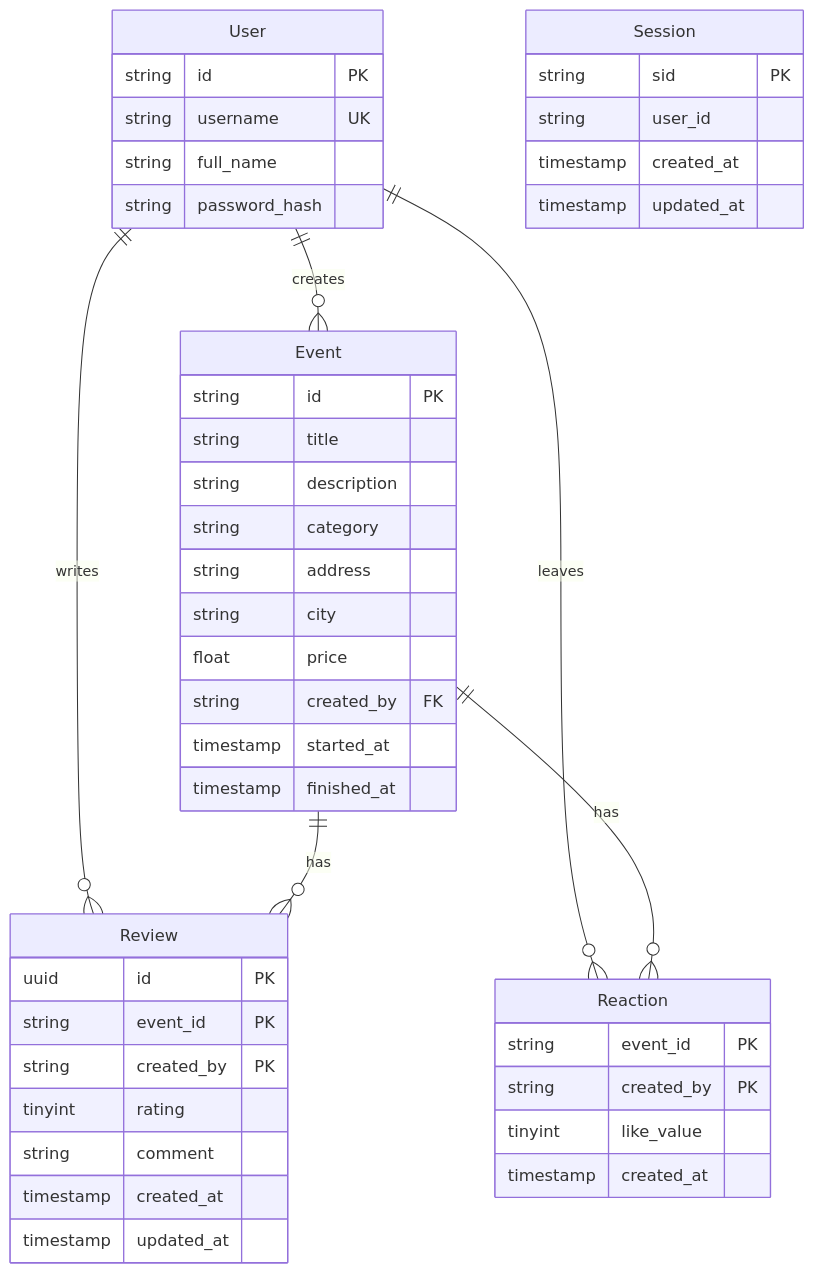
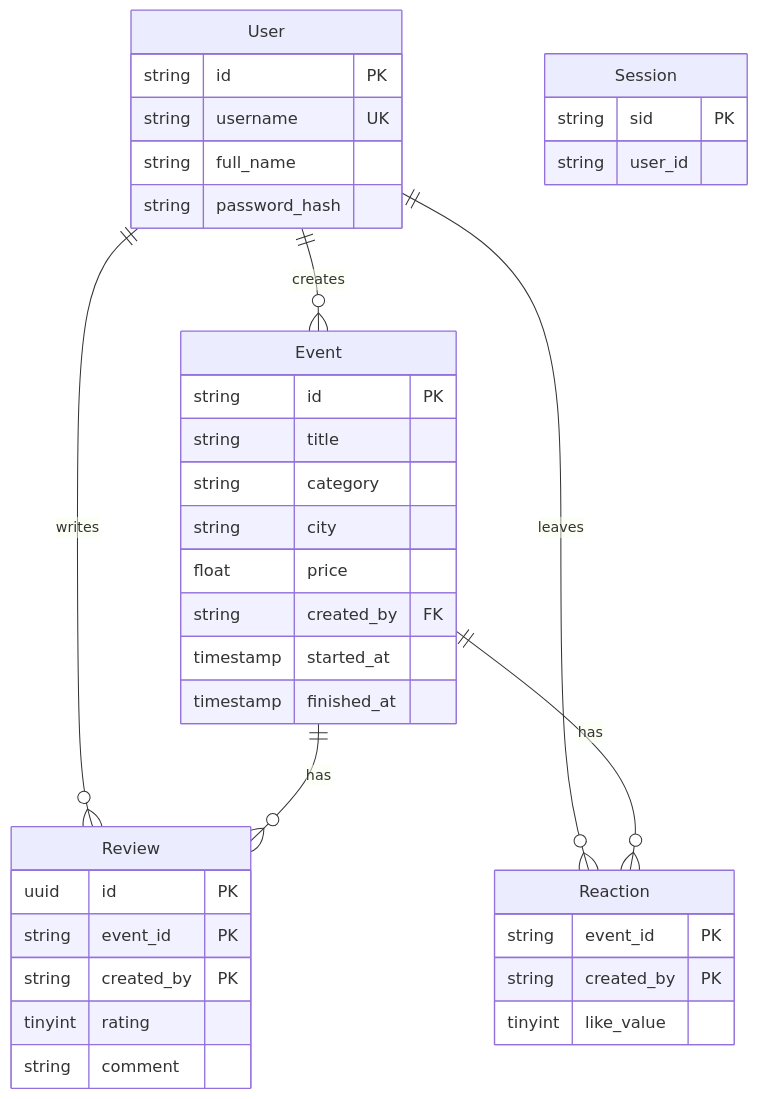
Before and after one commit to pstpn/nosql-practice: the second of 2 diagrams in README.md, drawn with Mermaid. The commit also changed other lines of this file, not shown here.

````diff
--- a/README.md
+++ b/README.md
@@ -130,52 +59,45 @@
 ```mermaid
 erDiagram
     User {
         string id PK
         string username UK
         string full_name
         string password_hash
     }
 
     Event {
         string id PK
         string title
-        string description
         string category
-        string address
         string city
         float price
         string created_by FK
         timestamp started_at
         timestamp finished_at
     }
 
     Review {
         uuid id PK
         string event_id PK
         string created_by PK
         tinyint rating
         string comment
-        timestamp created_at
-        timestamp updated_at
     }
 
     Reaction {
         string event_id PK
         string created_by PK
         tinyint like_value
-        timestamp created_at
     }
 
     Session {
         string sid PK
         string user_id
-        timestamp created_at
-        timestamp updated_at
     }
 
     User ||--o{ Event : creates
     User ||--o{ Review : writes
     User ||--o{ Reaction : leaves
     Event ||--o{ Review : has
     Event ||--o{ Reaction : has
 ```
````
